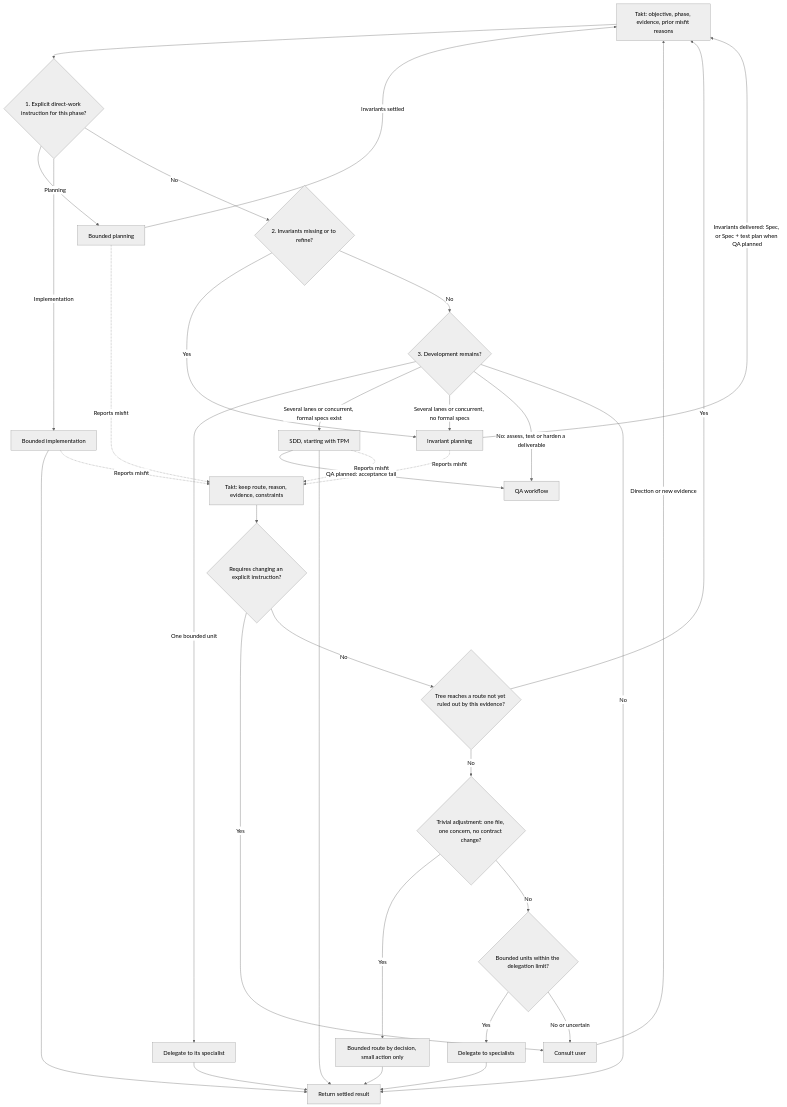
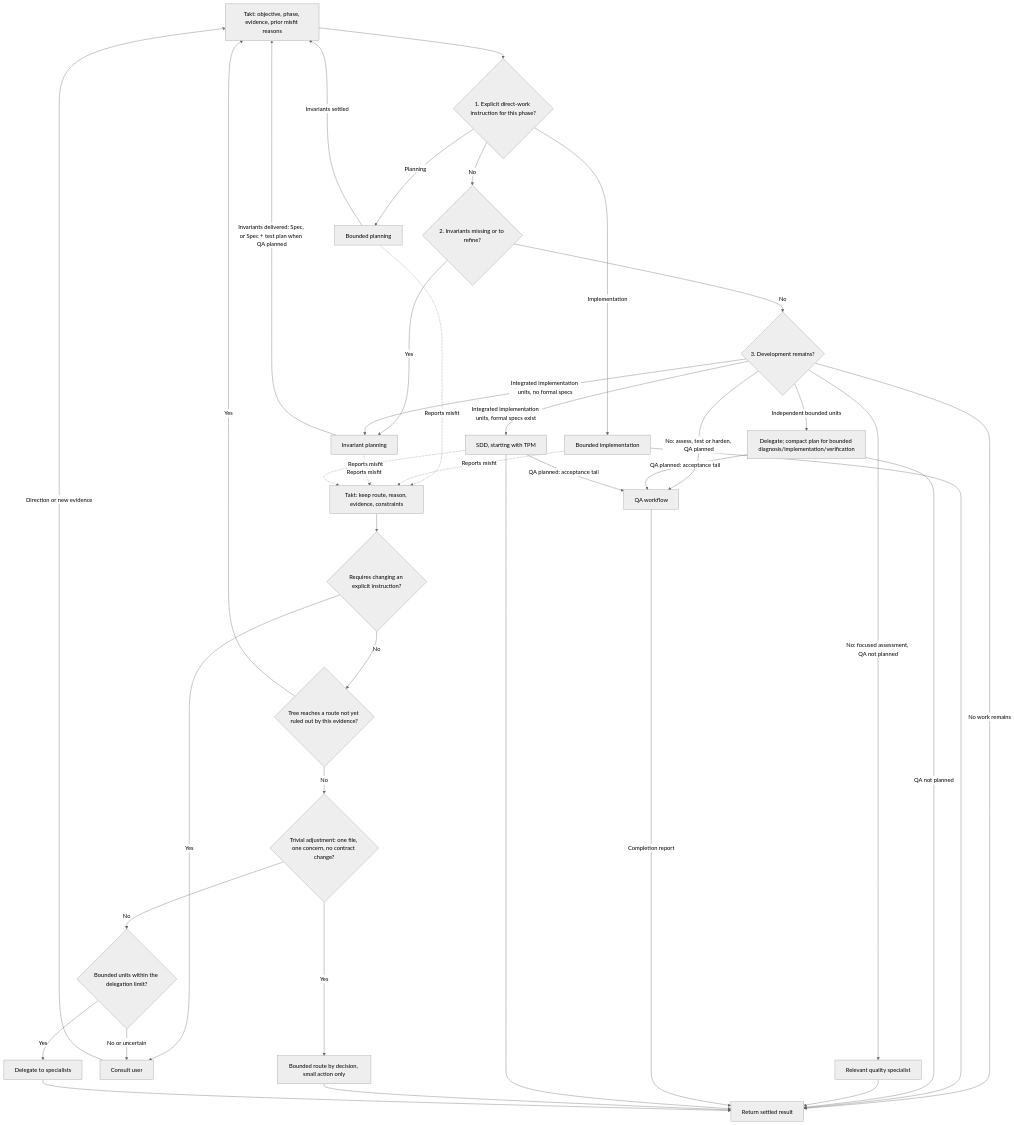
The diagram in product/meta-harness/orchestration/WORKFLOW_SELECTION.md (rou-cru/takt-ai), drawn with Mermaid (neutral theme) before and after one commit. The commit also changed other lines of this file and 31 other files, not shown here.

First line of the commit message:
docs(catalog): align workflow selection, bounded delegation and QA tail with product contracts (#59)

````diff
--- a/product/meta-harness/orchestration/WORKFLOW_SELECTION.md
+++ b/product/meta-harness/orchestration/WORKFLOW_SELECTION.md
@@ -34,39 +38,43 @@
 ```mermaid
 flowchart TD
     Start["Takt: objective, phase, evidence, prior misfit reasons"] --> Order{"1. Explicit direct-work instruction for this phase?"}
     Order -->|Planning| BP["Bounded planning"]
     Order -->|Implementation| BW["Bounded implementation"]
     Order -->|No| Gaps{"2. Invariants missing or to refine?"}
     Gaps -->|Yes| IP["Invariant planning"]
     Gaps -->|No| Dev{"3. Development remains?"}
-    Dev -->|One bounded unit| Unit["Delegate to its specialist"]
-    Dev -->|Several lanes or concurrent, formal specs exist| SDD["SDD, starting with TPM"]
-    Dev -->|Several lanes or concurrent, no formal specs| IP
-    Dev -->|"No: assess, test or harden a deliverable"| QA["QA workflow"]
-    Dev -->|No| Complete["Return settled result"]
+    Dev -->|Independent bounded units| Unit["Delegate; compact plan for bounded diagnosis/implementation/verification"]
+    Dev -->|Integrated implementation units, formal specs exist| SDD["SDD, starting with TPM"]
+    Dev -->|Integrated implementation units, no formal specs| IP
+    Dev -->|"No: assess, test or harden, QA planned"| QA["QA workflow"]
+    Dev -->|"No: focused assessment, QA not planned"| Review["Relevant quality specialist"]
+    Dev -->|No work remains| Complete["Return settled result"]
 
     IP -->|"Invariants delivered: Spec, or Spec + test plan when QA planned"| Start
     BP -->|Invariants settled| Start
     BW --> Complete
-    Unit --> Complete
+    Unit -->|QA planned: acceptance tail| QA
+    Unit -->|QA not planned| Complete
+    Review --> Complete
+    QA -->|Completion report| Complete
     SDD -->|QA planned: acceptance tail| QA
     SDD --> Complete
 
     BP -.->|Reports misfit| Return
     BW -.->|Reports misfit| Return
     IP -.->|Reports misfit| Return
     SDD -.->|Reports misfit| Return
 
     Return["Takt: keep route, reason, evidence, constraints"] --> Conflict{"Requires changing an explicit instruction?"}
     Conflict -->|Yes| Ask["Consult user"]
     Conflict -->|No| Fresh{"Tree reaches a route not yet ruled out by this evidence?"}
     Fresh -->|Yes| Start
     Fresh -->|No| Trivial{"Trivial adjustment: one file, one concern, no contract change?"}
     Trivial -->|Yes| Direct["Bounded route by decision, small action only"]
     Trivial -->|No| Light{"Bounded units within the delegation limit?"}
     Light -->|Yes| Specialists["Delegate to specialists"]
     Light -->|No or uncertain| Ask
     Ask -->|Direction or new evidence| Start
     Direct --> Complete
     Specialists --> Complete
 ```
````
